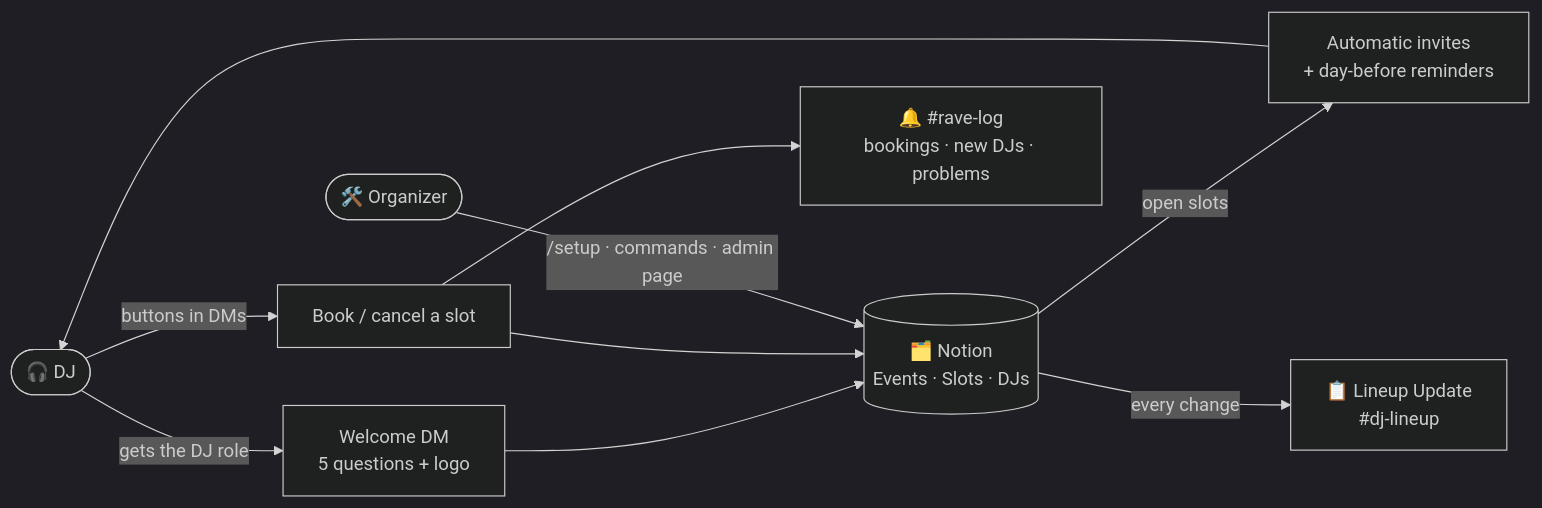
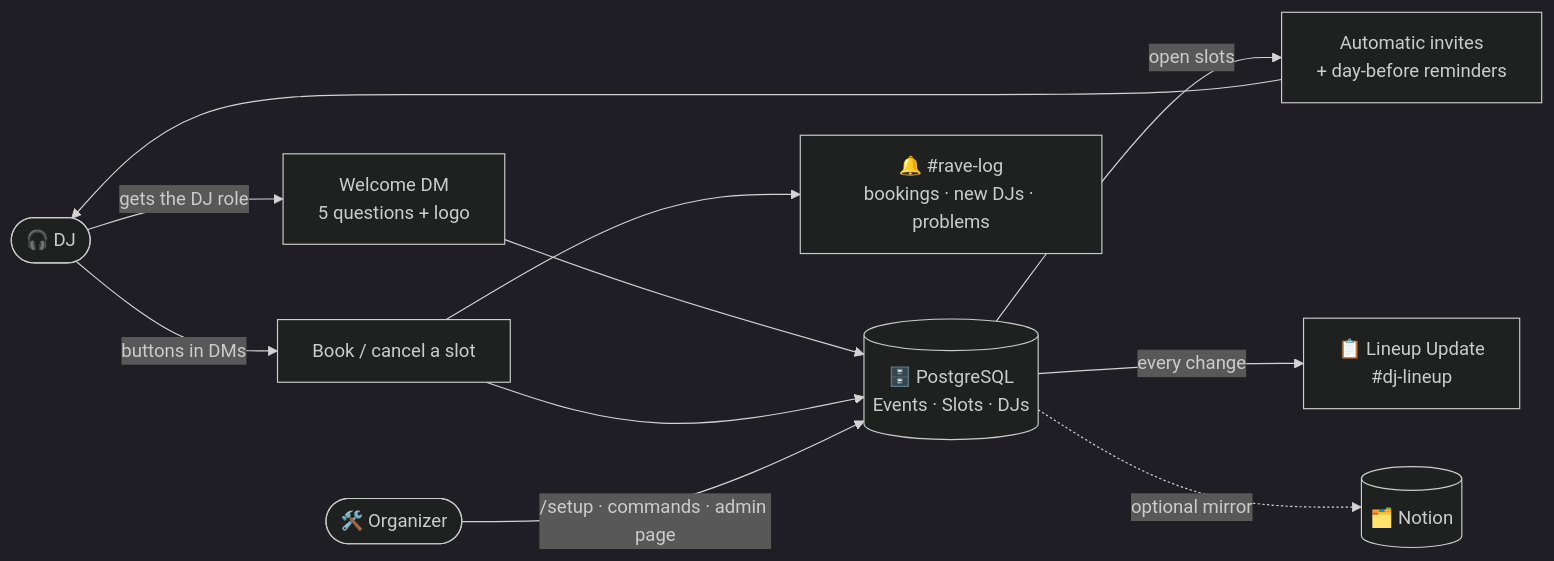
One commit to M4XXX/ravebot changed the diagram in README.md. Above: the diagram before and after it, drawn with Mermaid (dark theme). The commit also changed other lines of this file and 29 other files, not shown here.

````diff
--- a/README.md
+++ b/README.md
@@ -51,12 +51,13 @@
 ```mermaid
 flowchart LR
     DJ([🎧 DJ]) -- "gets the DJ role" --> ONB["Welcome DM<br/>5 questions + logo"]
-    ONB --> N[("🗂️ Notion<br/>Events · Slots · DJs")]
+    ONB --> N[("🗄️ PostgreSQL<br/>Events · Slots · DJs")]
     DJ -- "buttons in DMs" --> BOOK["Book / cancel a slot"]
     BOOK --> N
     N -- "open slots" --> INV["Automatic invites<br/>+ day-before reminders"]
     INV --> DJ
     N -- "every change" --> LINE["📋 Lineup Update<br/>#dj-lineup"]
     BOOK --> LOG["🔔 #rave-log<br/>bookings · new DJs · problems"]
+    N -. "optional mirror" .-> NO[("🗂️ Notion")]
     ORG([🛠️ Organizer]) -- "/setup · commands · admin page" --> N
 ```
````
